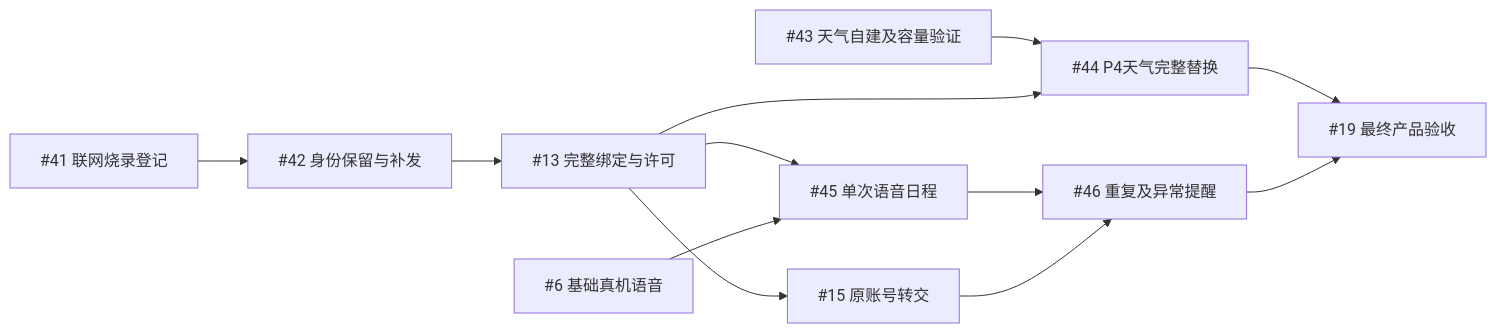
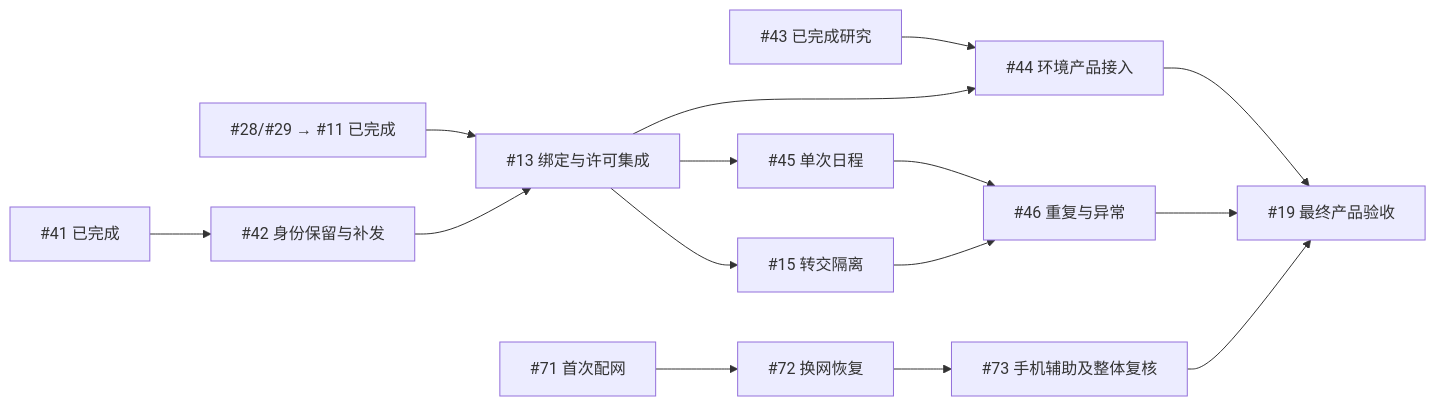
Before and after one commit to yanghan24/xiaozhi: the diagram in docs/planning/task-spec-index.md, drawn with Mermaid. The commit also changed other lines of this file and 6 other files, not shown here.

````diff
--- a/docs/planning/task-spec-index.md
+++ b/docs/planning/task-spec-index.md
@@ -47,14 +49,13 @@
 ```mermaid
 flowchart LR
-  P1["#41 联网烧录登记"] --> P2["#42 身份保留与补发"]
-  P2 --> B["#13 完整绑定与许可"]
-  W1["#43 天气自建及容量验证"] --> W2["#44 P4天气完整替换"]
-  B --> W2
-  B --> R1["#45 单次语音日程"]
-  V["#6 基础真机语音"] --> R1
-  B --> T["#15 原账号转交"]
-  R1 --> R2["#46 重复及异常提醒"]
-  T --> R2
-  W2 --> F["#19 最终产品验收"]
-  R2 --> F
+  I["#28/#29 → #11 已完成"] --> B["#13 绑定与许可集成"]
+  D["#41 已完成"] --> R["#42 身份保留与补发"] --> B
+  W["#43 已完成研究"] --> E["#44 环境产品接入"]
+  B --> E
+  B --> S["#45 单次日程"] --> T["#46 重复与异常"]
+  B --> U["#15 转交隔离"] --> T
+  N1["#71 首次配网"] --> N2["#72 换网恢复"] --> N3["#73 手机辅助及整体复核"]
+  E --> F["#19 最终产品验收"]
+  T --> F
+  N3 --> F
 ```
````
